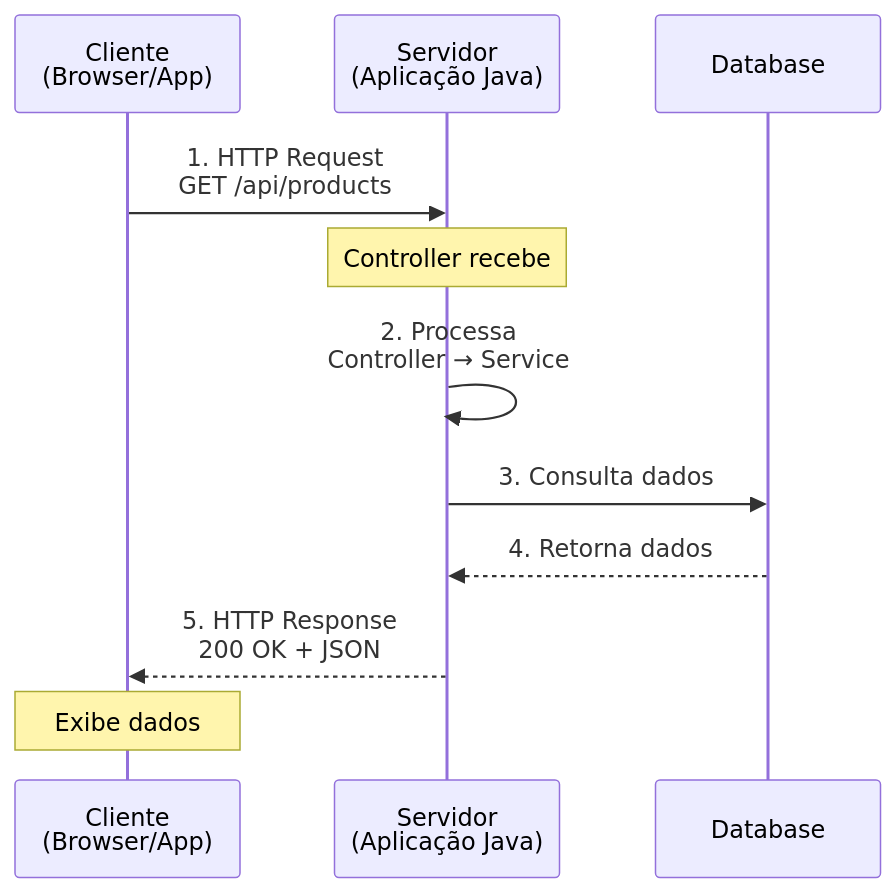
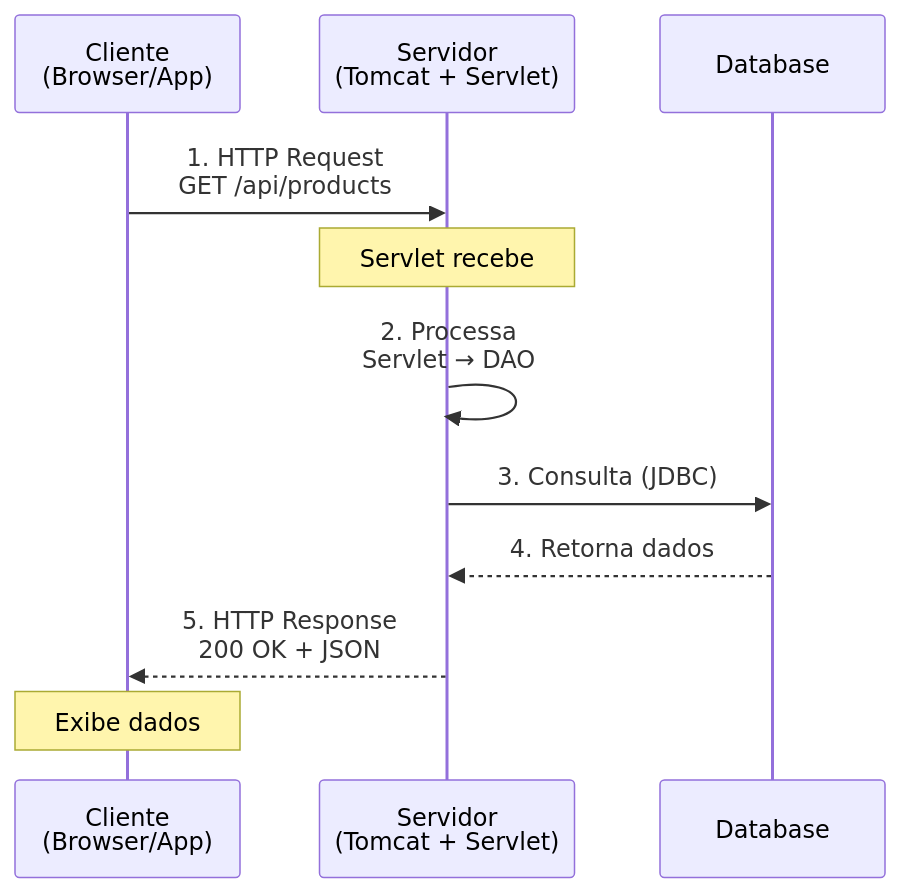
Diagram 13 of 18 in dia-01/slide-09.md (deusemarjunior/trein-java-intermed), drawn with Mermaid before and after one commit. The commit also changed other lines of this file and 89 other files, not shown here.

````diff
--- a/dia-01/slide-09.md
+++ b/dia-01/slide-09.md
@@ -11,14 +331,14 @@
 ```mermaid
 sequenceDiagram
     participant C as Cliente<br/>(Browser/App)
-    participant S as Servidor<br/>(Aplicação Java)
+    participant S as Servidor<br/>(Tomcat + Servlet)
     participant D as Database
     
     C->>S: 1. HTTP Request<br/>GET /api/products
-    Note over S: Controller recebe
-    S->>S: 2. Processa<br/>Controller → Service
-    S->>D: 3. Consulta dados
+    Note over S: Servlet recebe
+    S->>S: 2. Processa<br/>Servlet → DAO
+    S->>D: 3. Consulta (JDBC)
     D-->>S: 4. Retorna dados
     S-->>C: 5. HTTP Response<br/>200 OK + JSON
     Note over C: Exibe dados
 ```
````
